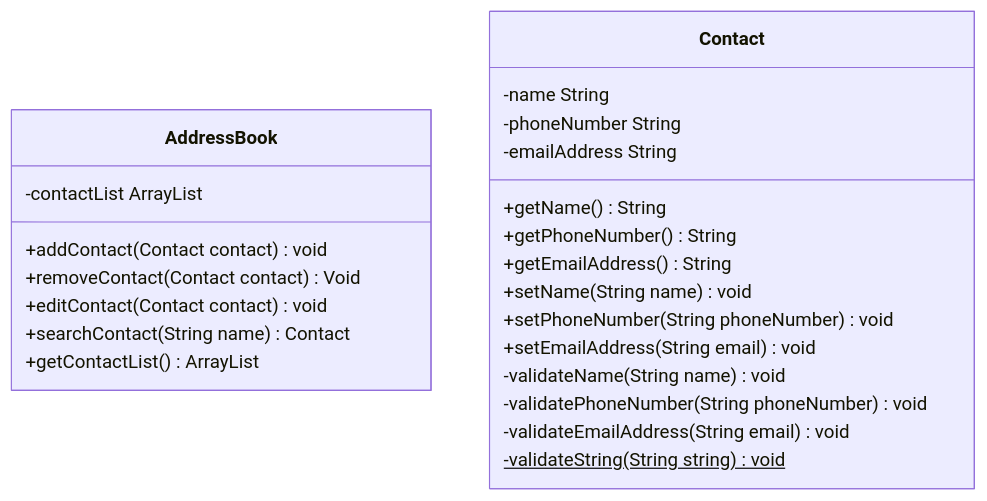
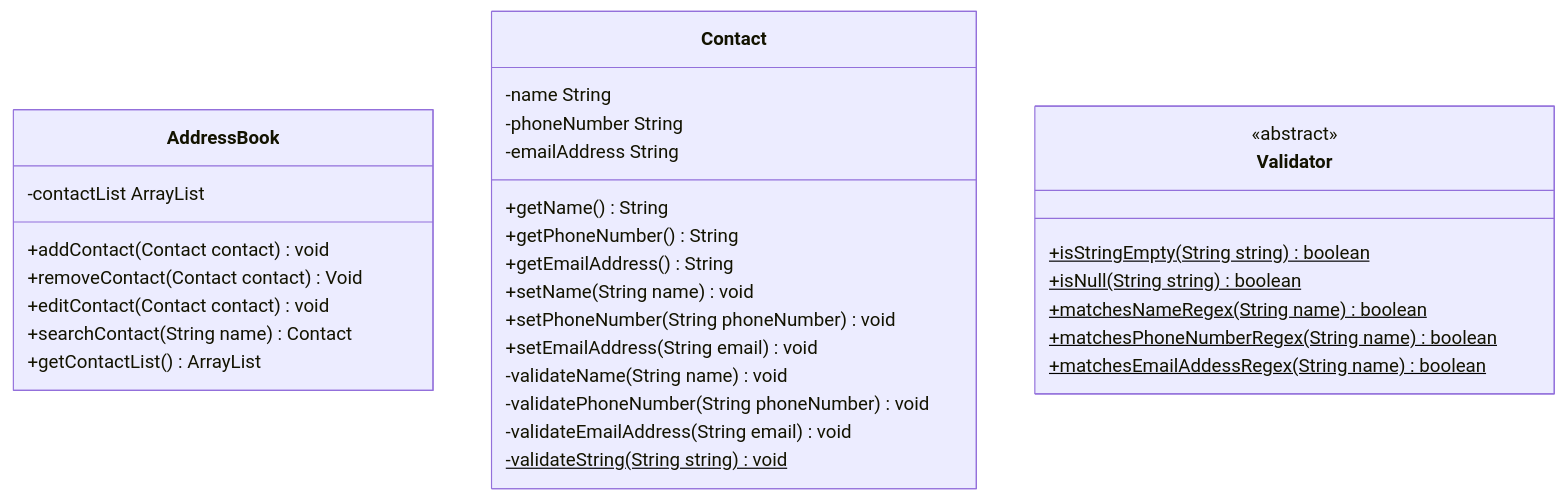
The diagram in docs/domain-models-test-plan.md (fabiodplacerda/Address-book), drawn with Mermaid before and after one commit. The commit also changed other lines of this file, not shown here.

Commit message:
UPDATE: Added domain models for user stories 1 and 2

````diff
--- a/docs/domain-models-test-plan.md
+++ b/docs/domain-models-test-plan.md
@@ -76,28 +85,37 @@
 ```mermaid
 classDiagram
     class AddressBook{
        -contactList ArrayList <Contact>
        +addContact(Contact contact) void
        +removeContact (Contact contact) Void
        +editContact (Contact contact) void
        +searchContact (String name) Contact
        +getContactList() ArrayList <Contact>
     }
     
     class Contact{
         -name String
         -phoneNumber String
         -emailAddress String
         +getName() String
         +getPhoneNumber() String
         +getEmailAddress() String
         +setName(String name) void
         +setPhoneNumber(String phoneNumber) void
         +setEmailAddress(String email) void
         -validateName(String name) void
         -validatePhoneNumber(String phoneNumber) void
         -validateEmailAddress(String email) void
         -validateString(String string)$ void
     }
     
+    class Validator{
+        <<abstract>>
+        +isStringEmpty(String string)$ boolean
+        +isNull(String string)$ boolean
+        +matchesNameRegex(String name)$ boolean
+        +matchesPhoneNumberRegex(String name)$ boolean
+        +matchesEmailAddessRegex(String name)$ boolean
+    }
+    
 ```
````
